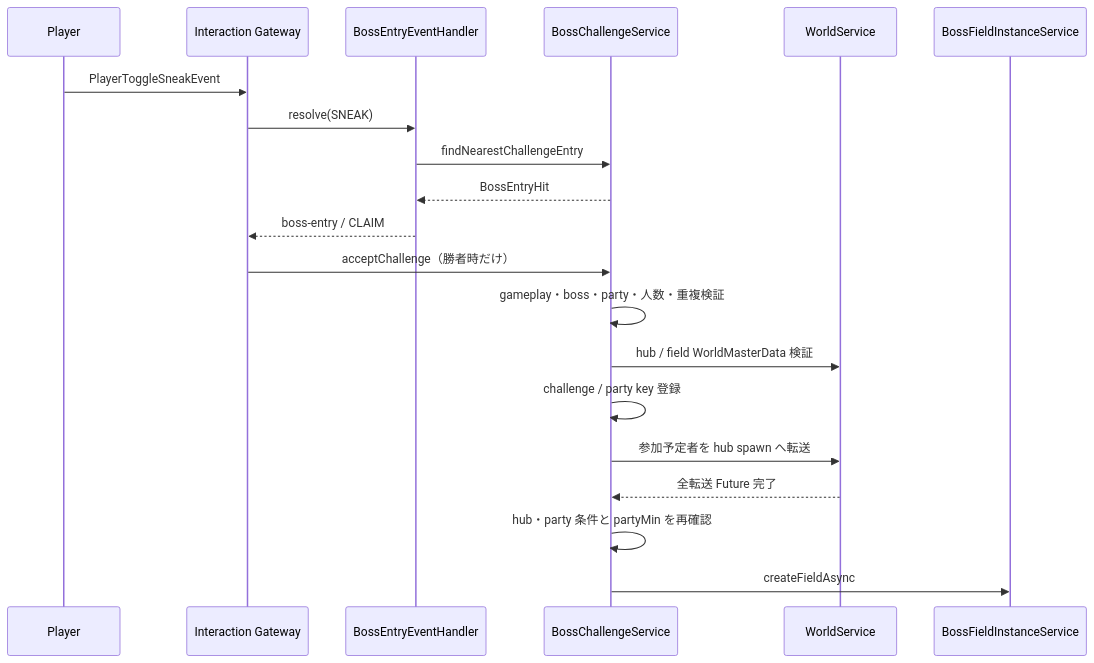
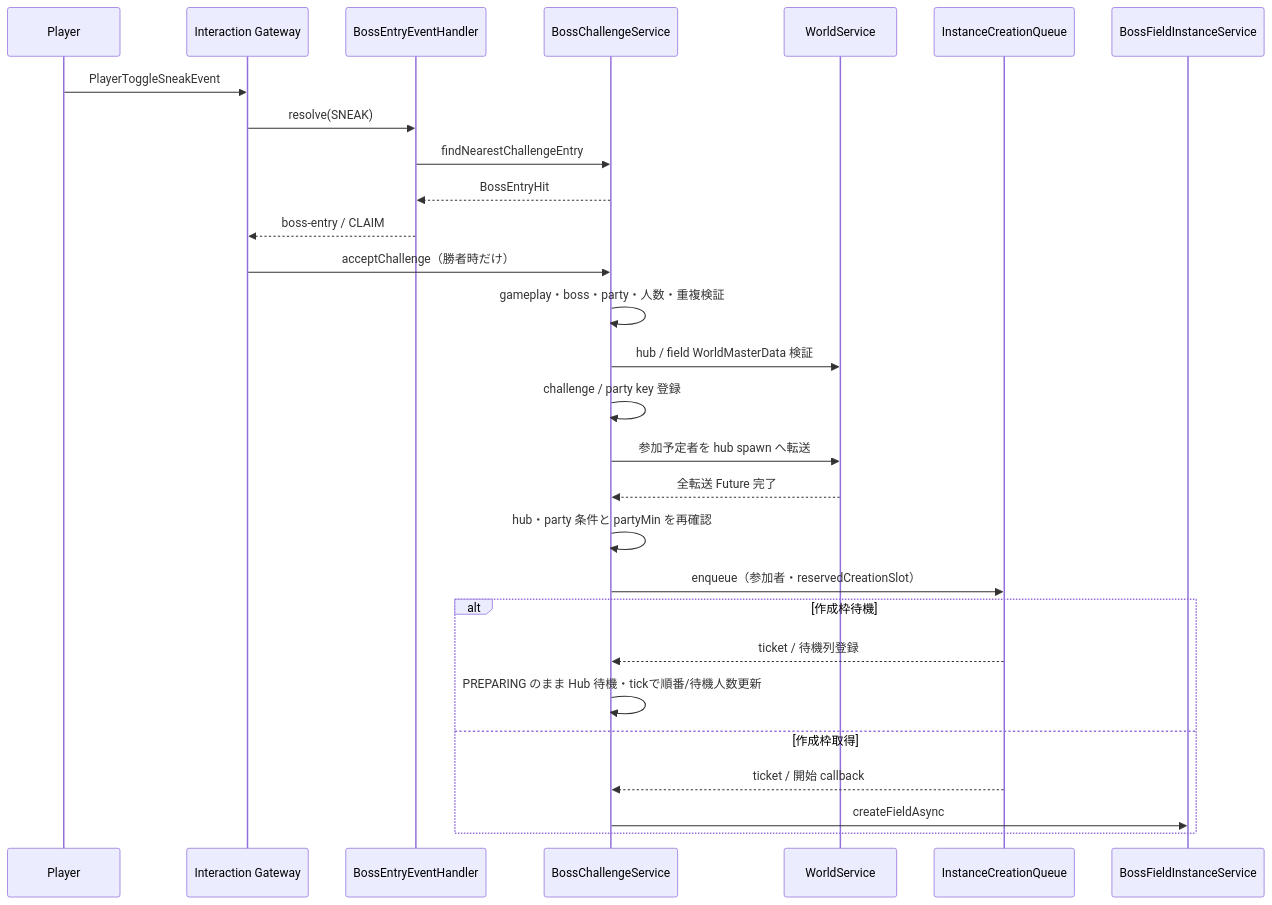
Before and after one commit to maaasu/AstralRecord-Workspace: the first of 6 diagrams in 00_docs/10_Plugin設計書/feature/26-boss/26_4-統合フロー.md, drawn with Mermaid. The commit also changed other lines of this file and 8 other files, not shown here.

````diff
--- a/00_docs/10_Plugin設計書/feature/26-boss/26_4-統合フロー.md
+++ b/00_docs/10_Plugin設計書/feature/26-boss/26_4-統合フロー.md
@@ -7,23 +7,31 @@
 ```mermaid
 sequenceDiagram
     participant P as Player
     participant G as Interaction Gateway
     participant E as BossEntryEventHandler
     participant B as BossChallengeService
     participant W as WorldService
+    participant Q as InstanceCreationQueue
     participant F as BossFieldInstanceService
 
     P->>G: PlayerToggleSneakEvent
     G->>E: resolve(SNEAK)
     E->>B: findNearestChallengeEntry
     B-->>E: BossEntryHit
     E-->>G: boss-entry / CLAIM
     G->>B: acceptChallenge（勝者時だけ）
     B->>B: gameplay・boss・party・人数・重複検証
     B->>W: hub / field WorldMasterData 検証
     B->>B: challenge / party key 登録
     B->>W: 参加予定者を hub spawn へ転送
     W-->>B: 全転送 Future 完了
     B->>B: hub・party 条件と partyMin を再確認
-    B->>F: createFieldAsync
+    B->>Q: enqueue（参加者・reservedCreationSlot）
+    alt 作成枠待機
+        Q-->>B: ticket / 待機列登録
+        B->>B: PREPARING のまま Hub 待機・tickで順番/待機人数更新
+    else 作成枠取得
+        Q-->>B: ticket / 開始 callback
+        B->>F: createFieldAsync
+    end
 ```
````
